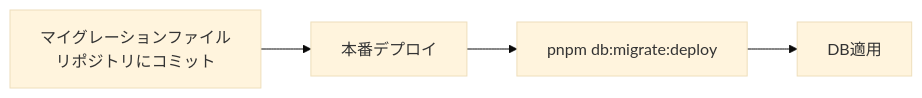
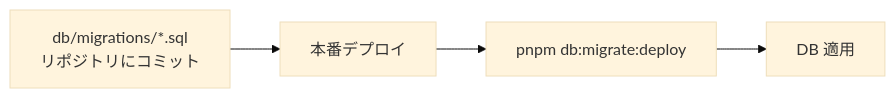
Before and after one commit to einja-inc/einja-management-template: the third of 3 diagrams in docs/einja/steering/db-schema-design.md, drawn with Mermaid (base theme). The commit also changed other lines of this file and 65 other files, not shown here.

````diff
--- a/docs/einja/steering/db-schema-design.md
+++ b/docs/einja/steering/db-schema-design.md
@@ -488,6 +825,6 @@
 ```mermaid
 graph LR
-    A[マイグレーションファイル<br/>リポジトリにコミット] --> B[本番デプロイ]
+    A[db/migrations/*.sql<br/>リポジトリにコミット] --> B[本番デプロイ]
     B --> C[pnpm db:migrate:deploy]
-    C --> D[DB適用]
+    C --> D[DB 適用]
 ```
````
